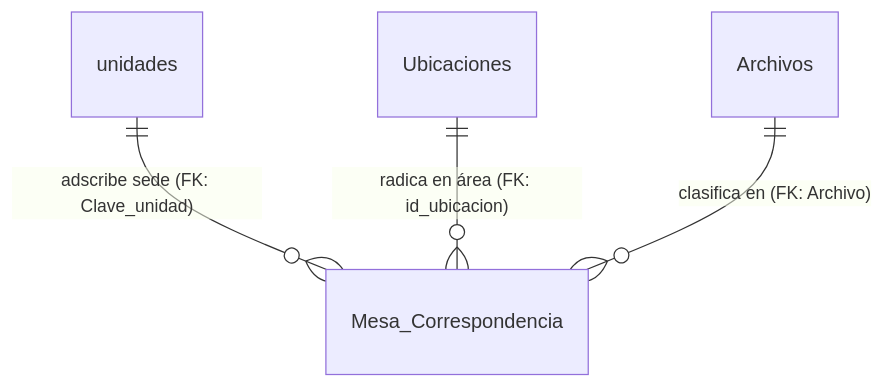
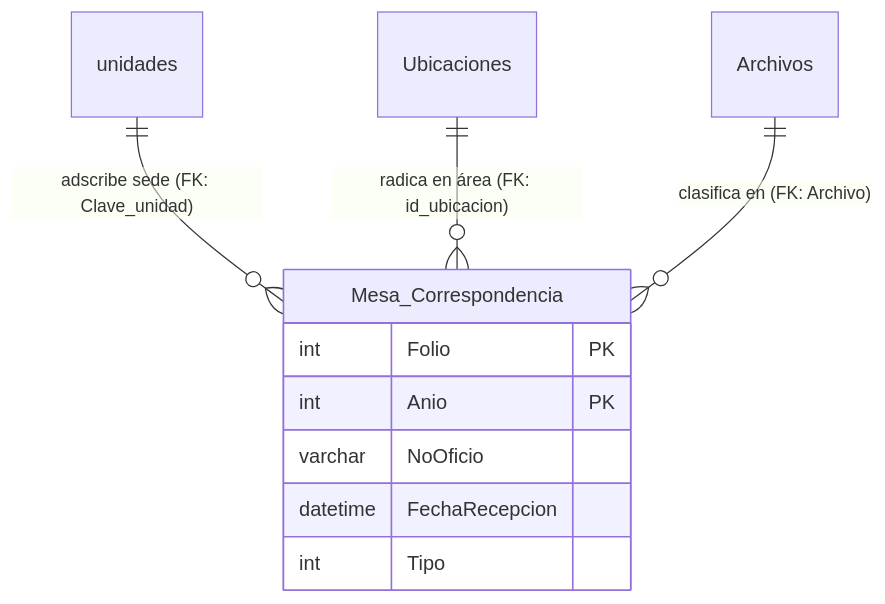
Before and after one commit to SebMaldon/Sistema-Gestion-Activos-Institucionales-Doc: the second of 3 diagrams in Manual_Tecnico_Modulo_Correspondencia.md, drawn with Mermaid. The commit also changed other lines of this file, not shown here.

Commit message:
docs: update manual to include annual fiscal isolation via composite key (Anio, Folio) and master year selection controls

````diff
--- a/Manual_Tecnico_Modulo_Correspondencia.md
+++ b/Manual_Tecnico_Modulo_Correspondencia.md
@@ -112,6 +118,13 @@
 ```mermaid
 erDiagram
     unidades ||--o{ Mesa_Correspondencia : "adscribe sede (FK: Clave_unidad)"
     Ubicaciones ||--o{ Mesa_Correspondencia : "radica en área (FK: id_ubicacion)"
     Archivos ||--o{ Mesa_Correspondencia : "clasifica en (FK: Archivo)"
+    Mesa_Correspondencia {
+        int Folio PK
+        int Anio PK
+        varchar NoOficio
+        datetime FechaRecepcion
+        int Tipo
+    }
 ```
````
